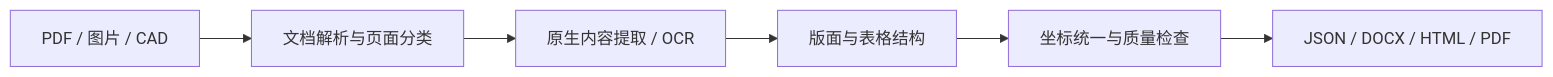
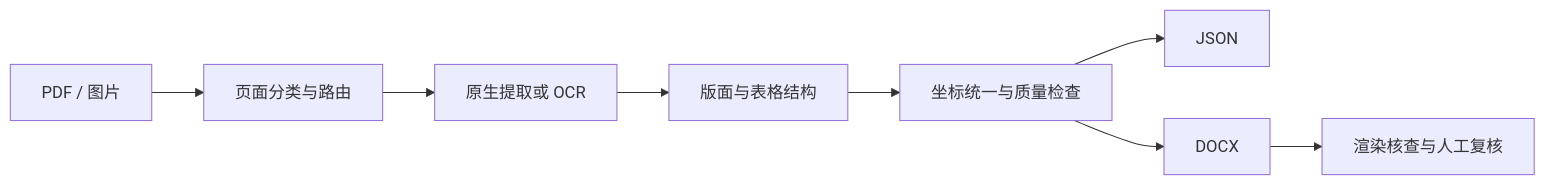
The diagram in README.md (YSADF/ocr-document-showcase), drawn with Mermaid before and after one commit. The commit also changed other lines of this file and 24 other files, not shown here.

````diff
--- a/README.md
+++ b/README.md
@@ -69,8 +41,10 @@
 ```mermaid
 flowchart LR
-    A[PDF / 图片 / CAD] --> B[文档解析与页面分类]
-    B --> C[原生内容提取 / OCR]
+    A[PDF / 图片] --> B[页面分类与路由]
+    B --> C[原生提取或 OCR]
     C --> D[版面与表格结构]
     D --> E[坐标统一与质量检查]
-    E --> F[JSON / DOCX / HTML / PDF]
+    E --> F[JSON]
+    E --> G[DOCX]
+    G --> H[渲染核查与人工复核]
 ```
````
